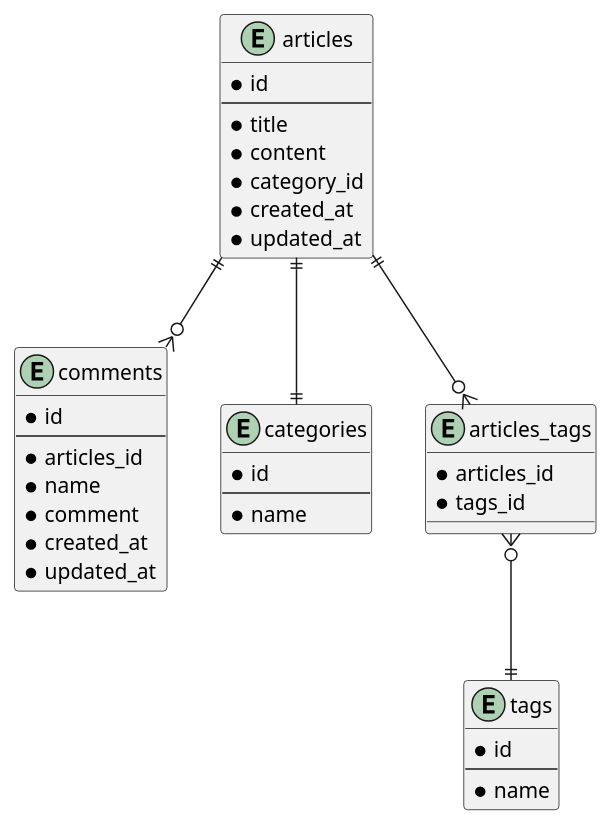
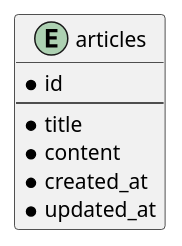
The diagram in php-blog/documents/DB.md (ylafaro0310/works), drawn with PlantUML before and after one commit. The commit also changed 2 other files, not shown here.

Commit message:
Create migration

````diff
--- a/php-blog/documents/DB.md
+++ b/php-blog/documents/DB.md
@@ -3,46 +3,12 @@
 ```uml
 @startuml
 entity "articles" as a {
     * id
     --
     * title
     * content
-    * category_id
     * created_at
     * updated_at
 } 
-
-entity "comments" as co {
-    * id
-    --
-    * articles_id
-    * name
-    * comment
-    * created_at
-    * updated_at
-}
-
-entity "categories" as ca {
-    * id
-    --
-    * name
-}
-
-entity "tags" as t {
-    * id
-    --
-    * name
-}
-
-entity "articles_tags" as at {
-    * articles_id
-    * tags_id
-}
-
-a ||--|| ca
-a ||--o{ at
-at }o--|| t
-a ||--o{ co
-
 @enduml
 ```
````
